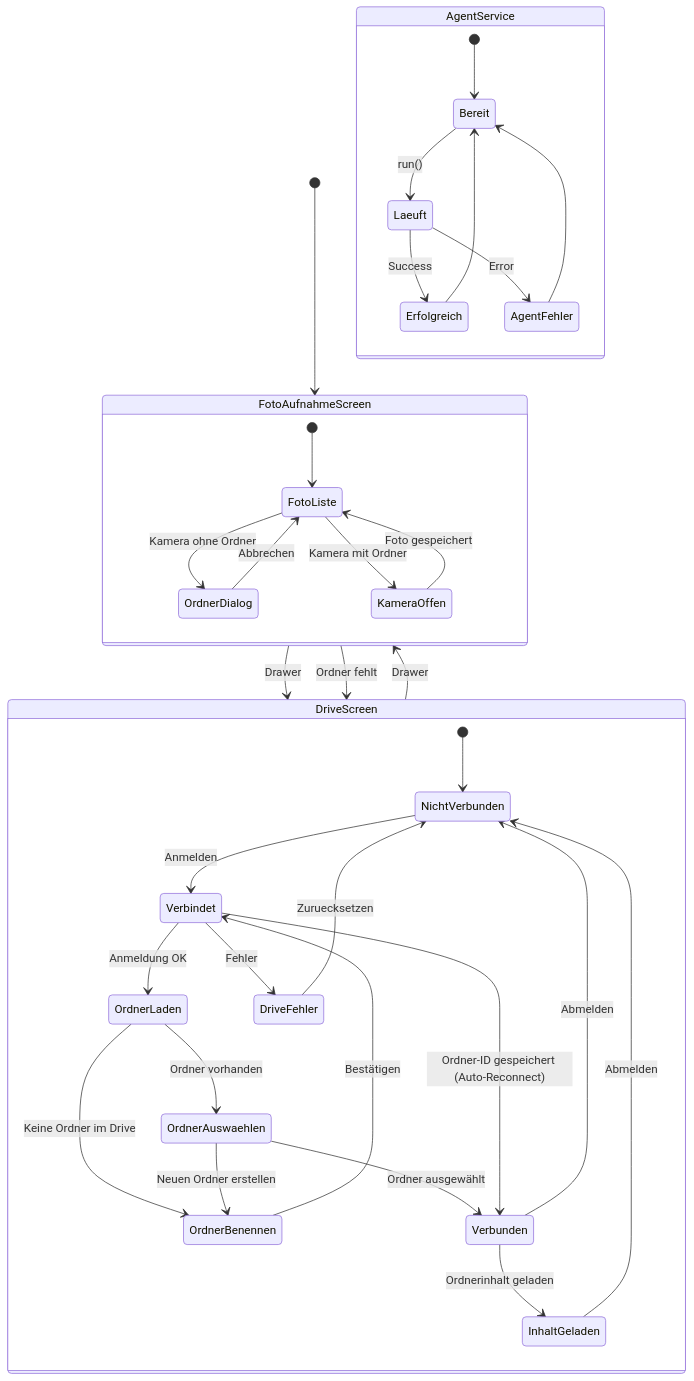
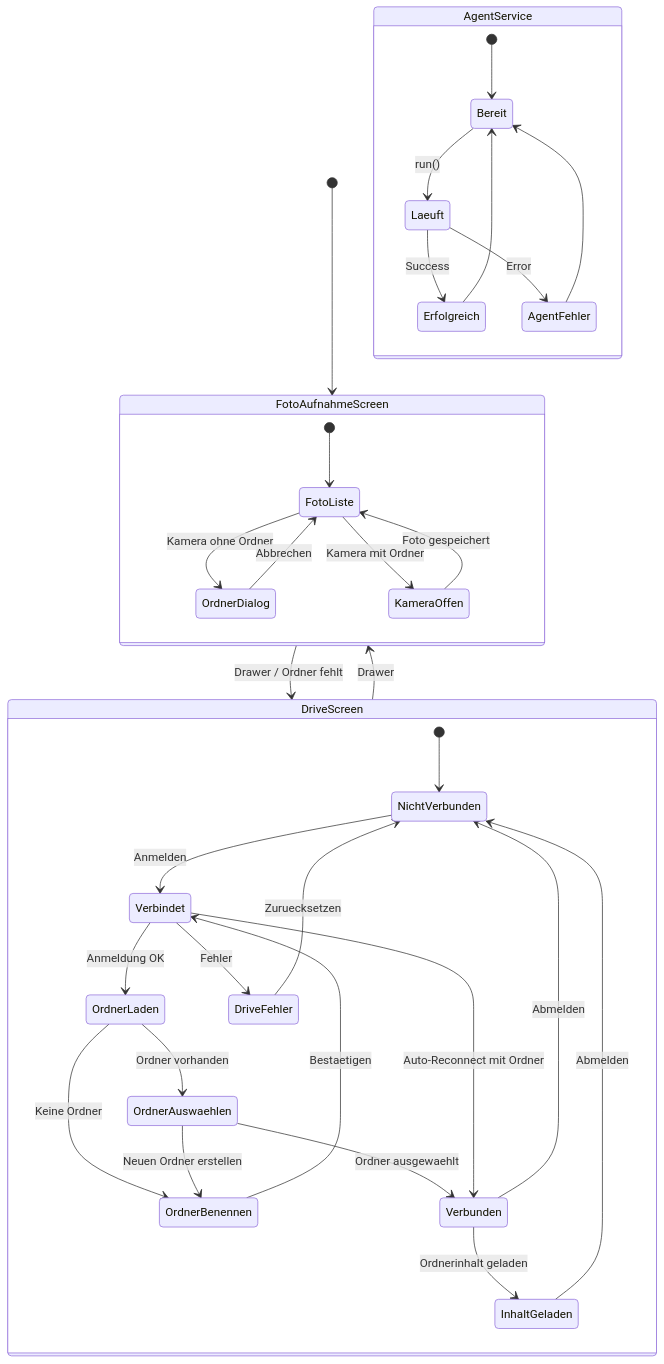
One commit to chrismeyer10/PhotoDrop changed the diagram in docs/state-diagram.mmd. Above: the diagram before and after it, drawn with Mermaid. The commit also changed 32 other files, not shown here.

First line of the commit message:
refactor: Modulare Paketstruktur fuer foto und drive Module (#20)

```diff
--- a/docs/state-diagram.mmd
+++ b/docs/state-diagram.mmd
@@ -1,44 +1,45 @@
-%% PhotoDrop — State Diagram
-%% Pflege: Bei jeder Aufgabe aktualisieren wenn sich Zustände, Screens oder Flows ändern.
-%% Zeigt: App-Navigation, Screen-Zustände, DriveViewModel-Zustände, AgentService-Zustände.
+%% PhotoDrop — Gesamt State Diagram
+%% Pflege: Bei jeder Aufgabe aktualisieren wenn sich Zustaende, Screens oder Flows aendern.
+%% Zeigt: App-Navigation, Screen-Zustaende, DriveViewModel-Zustaende, AgentService-Zustaende.
+%% Detail-Diagramme: foto-state-diagram.mmd, drive-state-diagram.mmd,
+%%   navigation-state-diagram.mmd, agent-state-diagram.mmd
 
 stateDiagram-v2
     [*] --> FotoAufnahmeScreen
 
-    FotoAufnahmeScreen --> DriveScreen : Drawer
-    FotoAufnahmeScreen --> DriveScreen : Ordner fehlt
+    FotoAufnahmeScreen --> DriveScreen : Drawer / Ordner fehlt
     DriveScreen --> FotoAufnahmeScreen : Drawer
 
     state FotoAufnahmeScreen {
         [*] --> FotoListe
         FotoListe --> OrdnerDialog : Kamera ohne Ordner
         FotoListe --> KameraOffen : Kamera mit Ordner
         OrdnerDialog --> FotoListe : Abbrechen
         KameraOffen --> FotoListe : Foto gespeichert
     }
 
     state DriveScreen {
         [*] --> NichtVerbunden
         NichtVerbunden --> Verbindet : Anmelden
         Verbindet --> OrdnerLaden : Anmeldung OK
         OrdnerLaden --> OrdnerAuswaehlen : Ordner vorhanden
-        OrdnerLaden --> OrdnerBenennen : Keine Ordner im Drive
-        OrdnerAuswaehlen --> Verbunden : Ordner ausgewählt
+        OrdnerLaden --> OrdnerBenennen : Keine Ordner
+        OrdnerAuswaehlen --> Verbunden : Ordner ausgewaehlt
         OrdnerAuswaehlen --> OrdnerBenennen : Neuen Ordner erstellen
-        OrdnerBenennen --> Verbindet : Bestätigen
-        Verbindet --> Verbunden : Ordner-ID gespeichert (Auto-Reconnect)
+        OrdnerBenennen --> Verbindet : Bestaetigen
+        Verbindet --> Verbunden : Auto-Reconnect mit Ordner
         Verbindet --> DriveFehler : Fehler
         DriveFehler --> NichtVerbunden : Zuruecksetzen
         Verbunden --> InhaltGeladen : Ordnerinhalt geladen
         Verbunden --> NichtVerbunden : Abmelden
         InhaltGeladen --> NichtVerbunden : Abmelden
     }
 
     state AgentService {
         [*] --> Bereit
         Bereit --> Laeuft : run()
         Laeuft --> Erfolgreich : Success
         Laeuft --> AgentFehler : Error
         Erfolgreich --> Bereit
         AgentFehler --> Bereit
     }
```
